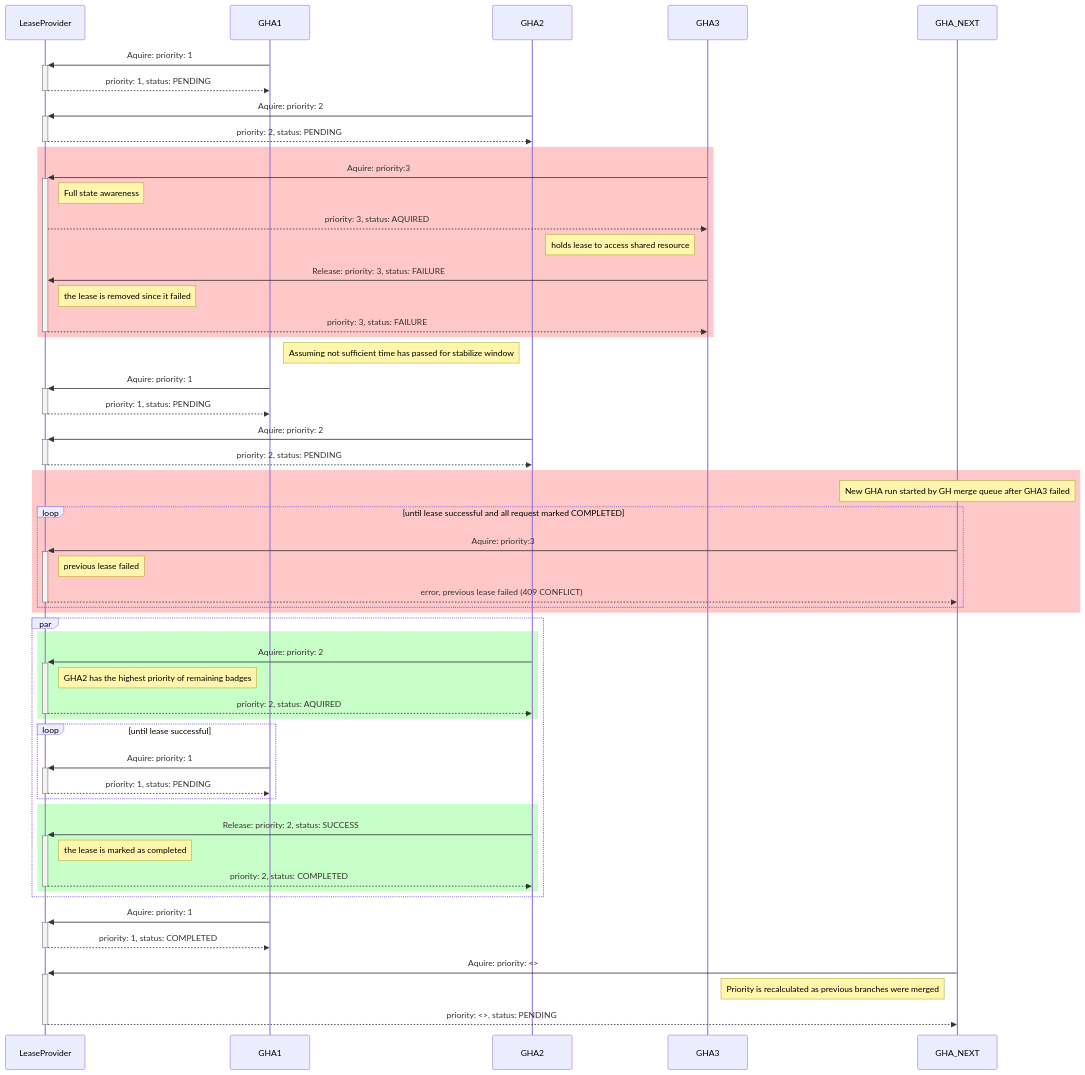
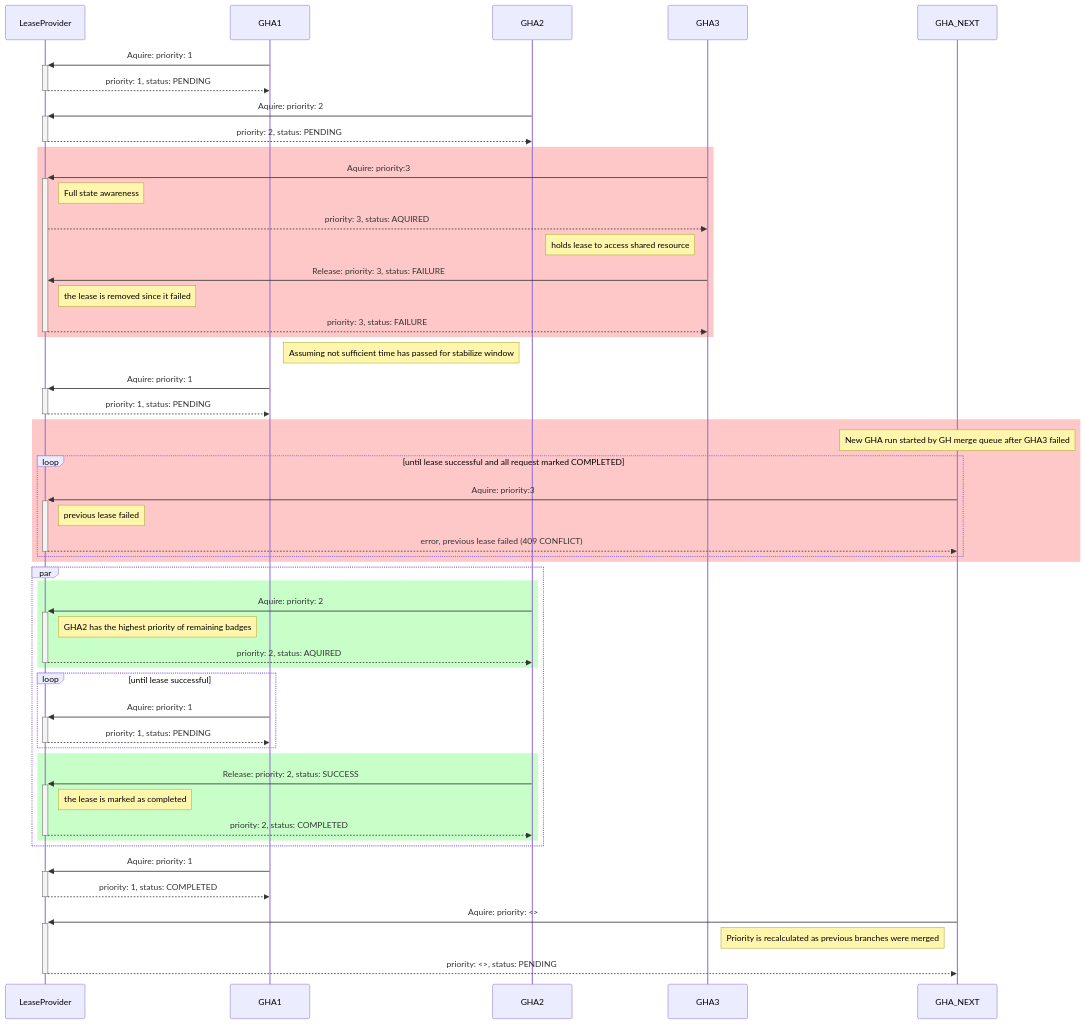
One commit to ankorstore/mq-lease-service changed the third of 3 diagrams in Readme.md. Above: the diagram before and after it, drawn with Mermaid. The commit also changed other lines of this file, not shown here.

Commit message:
fix: STM & sequence diagram

````diff
--- a/Readme.md
+++ b/Readme.md
@@ -98,66 +98,64 @@
 ```mermaid
 sequenceDiagram
     participant LeaseProvider
     participant GHA1
     participant GHA2
     participant GHA3
     participant GHA_NEXT
 
     
     GHA1->>+LeaseProvider: Aquire: priority: 1
     LeaseProvider-->>-GHA1: priority: 1, status: PENDING
     GHA2->>+LeaseProvider: Aquire: priority: 2
     LeaseProvider-->>-GHA2: priority: 2, status: PENDING
 
     rect rgb(255, 200, 200)
     GHA3->>+LeaseProvider: Aquire: priority:3 
     note right of LeaseProvider: Full state awareness 
     LeaseProvider-->>GHA3: priority: 3, status: AQUIRED
     note left of GHA3: holds lease to access shared resource
 
     GHA3->>LeaseProvider: Release: priority: 3, status: FAILURE
     note right of LeaseProvider: the lease is removed since it failed
     LeaseProvider-->>-GHA3: priority: 3, status: FAILURE
     end
 
     note right of GHA1: Assuming not sufficient time has passed for stabilize window
     GHA1->>+LeaseProvider: Aquire: priority: 1
     LeaseProvider-->>-GHA1: priority: 1, status: PENDING
-    GHA2->>+LeaseProvider: Aquire: priority: 2
-    LeaseProvider-->>-GHA2: priority: 2, status: PENDING
 
     rect rgb(255, 200, 200)
     note over GHA_NEXT: New GHA run started by GH merge queue after GHA3 failed
     loop until lease successful and all request marked COMPLETED
     GHA_NEXT->>+LeaseProvider: Aquire: priority:3 
     note right of LeaseProvider: previous lease failed 
     LeaseProvider-->>-GHA_NEXT: error, previous lease failed (409 CONFLICT)
     end
     end
 
 
     par    
     rect rgb(200, 255,200)
     GHA2->>+LeaseProvider: Aquire: priority: 2
     note right of LeaseProvider: GHA2 has the highest priority of remaining badges
     LeaseProvider-->>-GHA2: priority: 2, status: AQUIRED
     end
     loop until lease successful
     GHA1->>+LeaseProvider: Aquire: priority: 1
     LeaseProvider-->>-GHA1: priority: 1, status: PENDING
     end
 
     rect rgb(200, 255,200)
     GHA2->>+LeaseProvider: Release: priority: 2, status: SUCCESS
     note right of LeaseProvider: the lease is marked as completed
     LeaseProvider-->>-GHA2: priority: 2, status: COMPLETED
     end
     end
 
     GHA1->>+LeaseProvider: Aquire: priority: 1
     LeaseProvider-->>-GHA1: priority: 1, status: COMPLETED
 
     GHA_NEXT->>+LeaseProvider: Aquire: priority: <>
     note left of GHA_NEXT: Priority is recalculated as previous branches were merged
     LeaseProvider-->>-GHA_NEXT: priority: <>, status: PENDING
 ```
````
